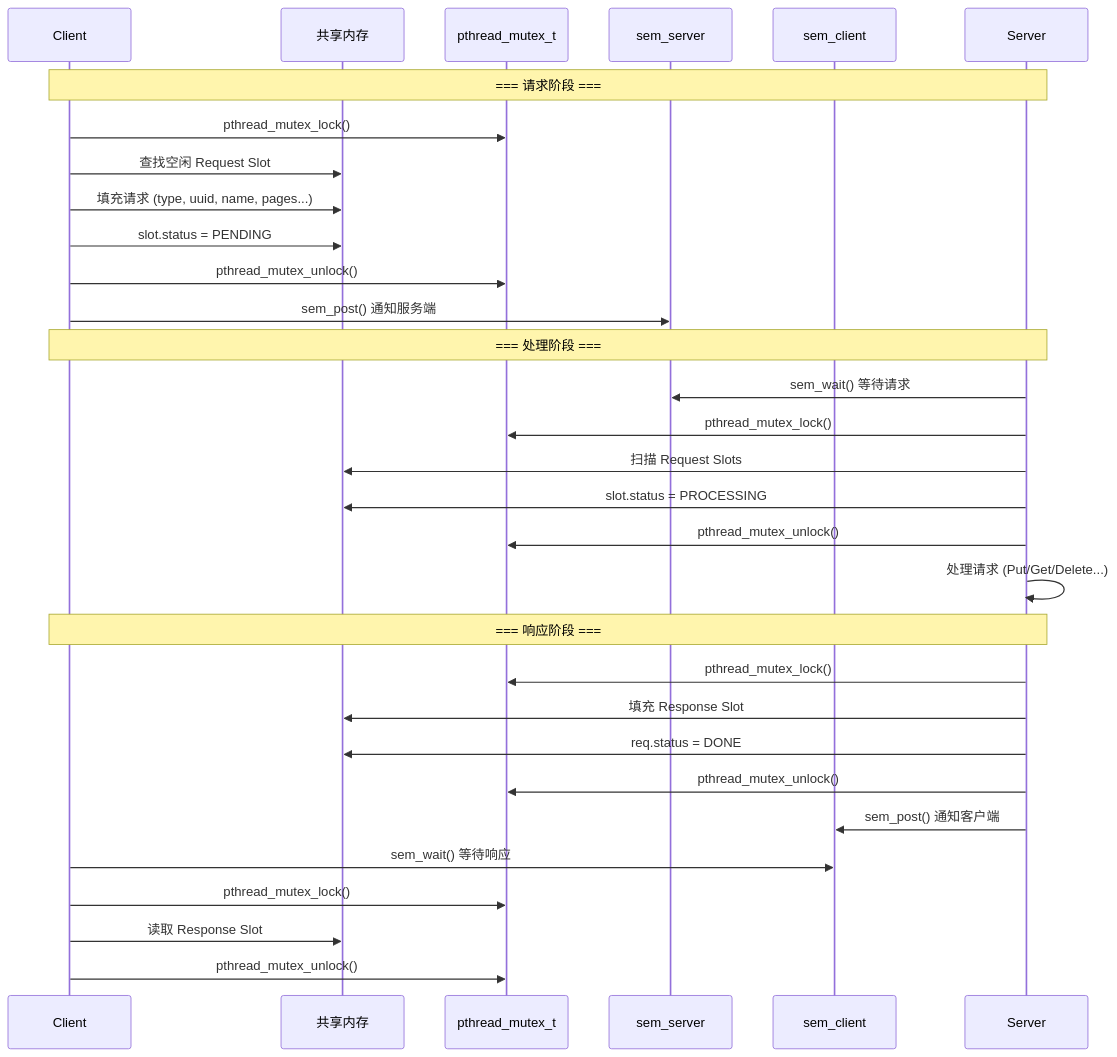
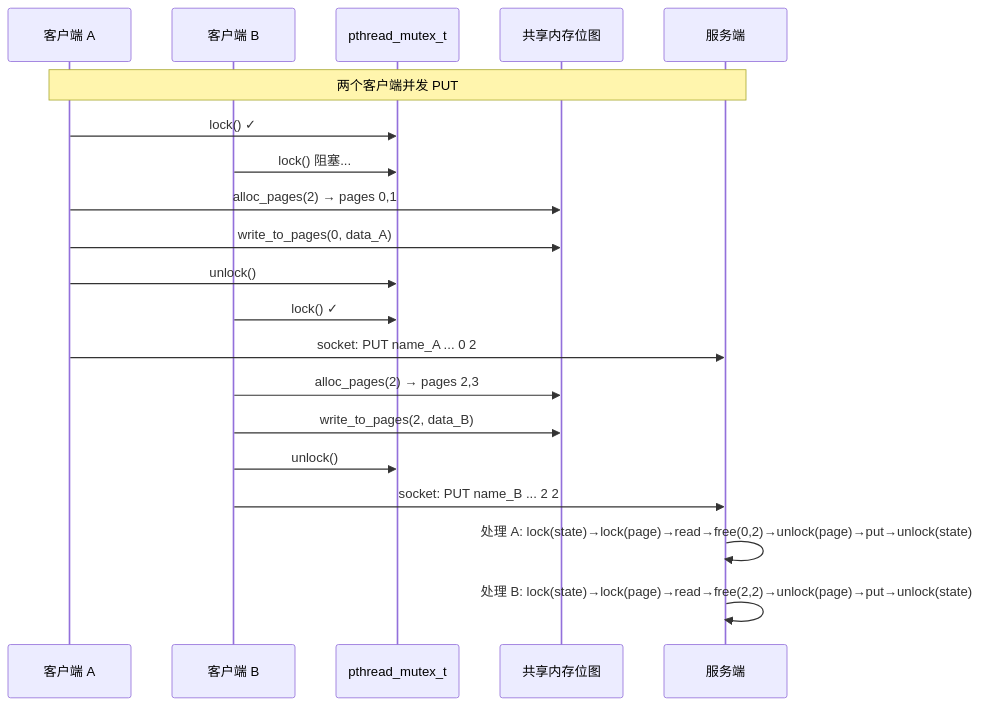
The tenth of 16 diagrams in design.md (Faye-bit/MiniOS_CUG_SE_OS), drawn with Mermaid before and after one commit. The commit also changed other lines of this file, not shown here.

````diff
--- a/design.md
+++ b/design.md
@@ -302,40 +352,28 @@
 ```mermaid
 sequenceDiagram
-    participant C as Client
-    participant SHM as 共享内存
+    participant C1 as 客户端 A
+    participant C2 as 客户端 B
     participant MUTEX as pthread_mutex_t
-    participant SEM_SRV as sem_server
-    participant SEM_CLI as sem_client
-    participant S as Server
+    participant SHM as 共享内存位图
+    participant S as 服务端
 
-    Note over C,S: === 请求阶段 ===
+    Note over C1,S: 两个客户端并发 PUT
 
-    C->>MUTEX: pthread_mutex_lock()
-    C->>SHM: 查找空闲 Request Slot
-    C->>SHM: 填充请求 (type, uuid, name, pages...)
-    C->>SHM: slot.status = PENDING
-    C->>MUTEX: pthread_mutex_unlock()
-    C->>SEM_SRV: sem_post() 通知服务端
+    C1->>MUTEX: lock() ✓
+    C2->>MUTEX: lock() 阻塞...
 
-    Note over C,S: === 处理阶段 ===
+    C1->>SHM: alloc_pages(2) → pages 0,1
+    C1->>SHM: write_to_pages(0, data_A)
+    C1->>MUTEX: unlock()
 
-    S->>SEM_SRV: sem_wait() 等待请求
-    S->>MUTEX: pthread_mutex_lock()
-    S->>SHM: 扫描 Request Slots
-    S->>SHM: slot.status = PROCESSING
-    S->>MUTEX: pthread_mutex_unlock()
-    S->>S: 处理请求 (Put/Get/Delete...)
+    C2->>MUTEX: lock() ✓
+    C1->>S: socket: PUT name_A ... 0 2
 
-    Note over C,S: === 响应阶段 ===
+    C2->>SHM: alloc_pages(2) → pages 2,3
+    C2->>SHM: write_to_pages(2, data_B)
+    C2->>MUTEX: unlock()
 
-    S->>MUTEX: pthread_mutex_lock()
-    S->>SHM: 填充 Response Slot
-    S->>SHM: req.status = DONE
-    S->>MUTEX: pthread_mutex_unlock()
-    S->>SEM_CLI: sem_post() 通知客户端
-
-    C->>SEM_CLI: sem_wait() 等待响应
-    C->>MUTEX: pthread_mutex_lock()
-    C->>SHM: 读取 Response Slot
-    C->>MUTEX: pthread_mutex_unlock()
+    C2->>S: socket: PUT name_B ... 2 2
+    S->>S: 处理 A: lock(state)→lock(page)→read→free(0,2)→unlock(page)→put→unlock(state)
+    S->>S: 处理 B: lock(state)→lock(page)→read→free(2,2)→unlock(page)→put→unlock(state)
 ```
````
